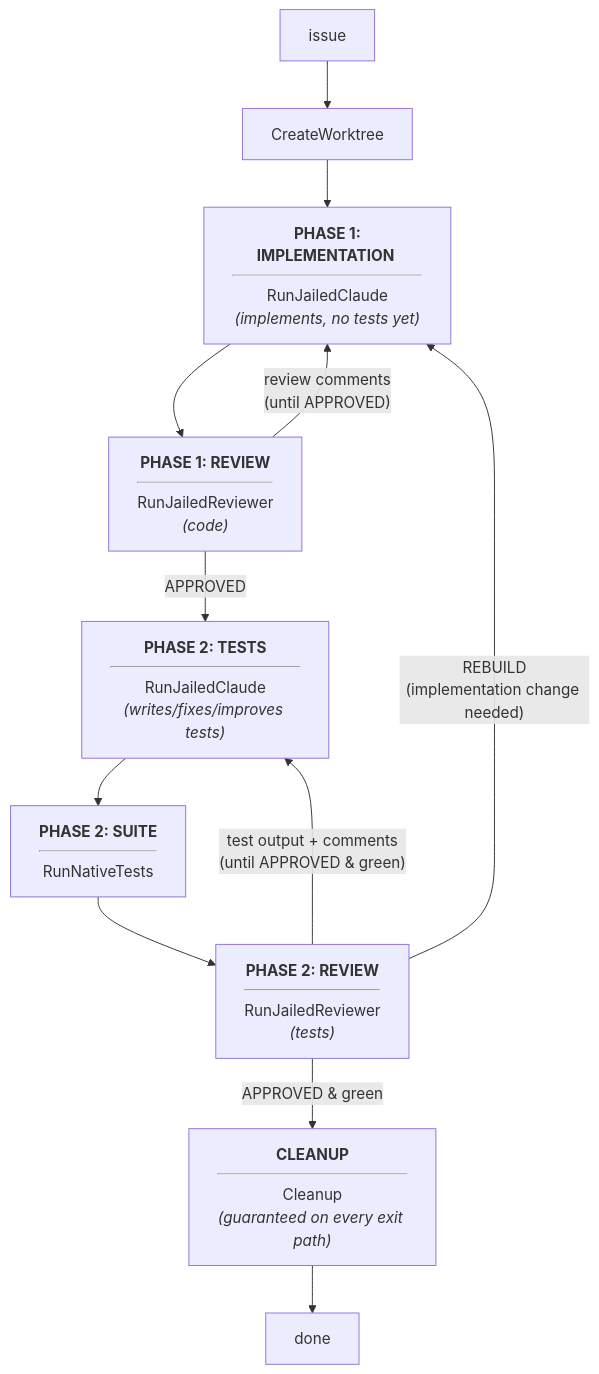
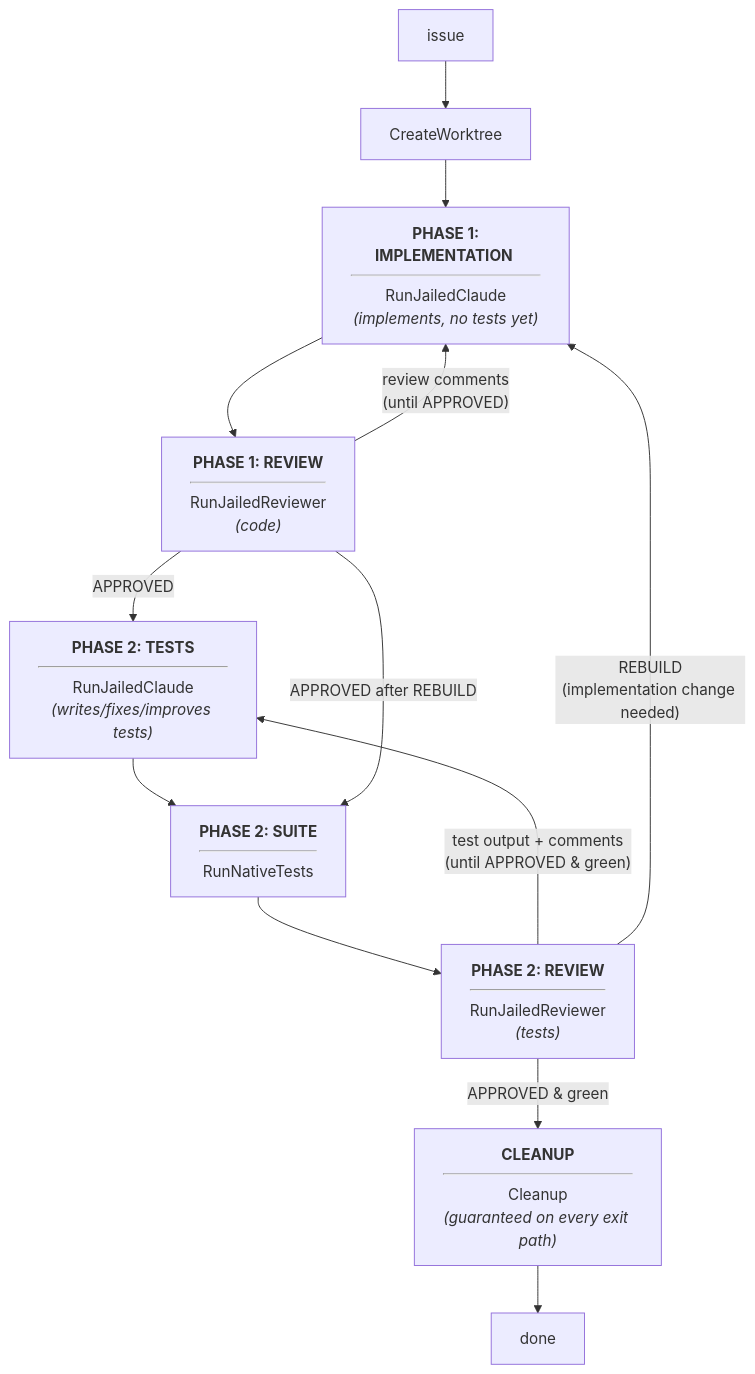
The diagram in README.md (ozzono/daedalus), drawn with Mermaid before and after one commit. The commit also changed other lines of this file and 1 other file, not shown here.

````diff
--- a/README.md
+++ b/README.md
@@ -28,36 +28,39 @@
 ```mermaid
 flowchart TD
     PROMPT["issue"] --> CREATE["CreateWorktree"]
     CREATE --> P1_IMPL
 
     %% Phase 1 Nodes
     P1_IMPL["<b> PHASE 1: IMPLEMENTATION </b><hr/>RunJailedClaude<br/><i>(implements, no tests yet)</i>"]
     P1_REV["<b> PHASE 1: REVIEW </b><hr/>RunJailedReviewer<br/><i>(code)</i>"]
 
     P1_IMPL --> P1_REV
     P1_REV -- "review comments<br/>(until APPROVED)" --> P1_IMPL
 
     P1_REV -- "APPROVED" --> P2_IMPL
 
     %% Phase 2 Nodes
     P2_IMPL["<b> PHASE 2: TESTS </b><hr/>RunJailedClaude<br/><i>(writes/fixes/improves tests)</i>"]
     P2_TEST["<b> PHASE 2: SUITE </b><hr/>RunNativeTests"]
     P2_REV["<b> PHASE 2: REVIEW </b><hr/>RunJailedReviewer<br/><i>(tests)</i>"]
 
     P2_IMPL --> P2_TEST
     P2_TEST --> P2_REV
     P2_REV -- "test output + comments<br/>(until APPROVED & green)" --> P2_IMPL
 
     %% REBUILD: the test reviewer can send an implementation-level finding
-    %% back through the dev cycle; after the code reviewer approves again,
-    %% the existing APPROVED edge resumes the test loop (sessions intact).
+    %% back through the dev cycle. After the code reviewer approves the
+    %% rebuild, flow resumes at the suite re-run — no fresh test-agent
+    %% round (the rebuild never touches test files); both sessions'
+    %% context stays intact.
     P2_REV -- "REBUILD<br/>(implementation change needed)" --> P1_IMPL
+    P1_REV -- "APPROVED after REBUILD" --> P2_TEST
 
     P2_REV -- "APPROVED & green" --> CLEAN
 
     %% Final Nodes
     CLEAN["<b> CLEANUP </b><hr/>Cleanup<br/><i>(guaranteed on every exit path)</i>"]
     DONE["done"]
 
     CLEAN --> DONE
 ```
````
